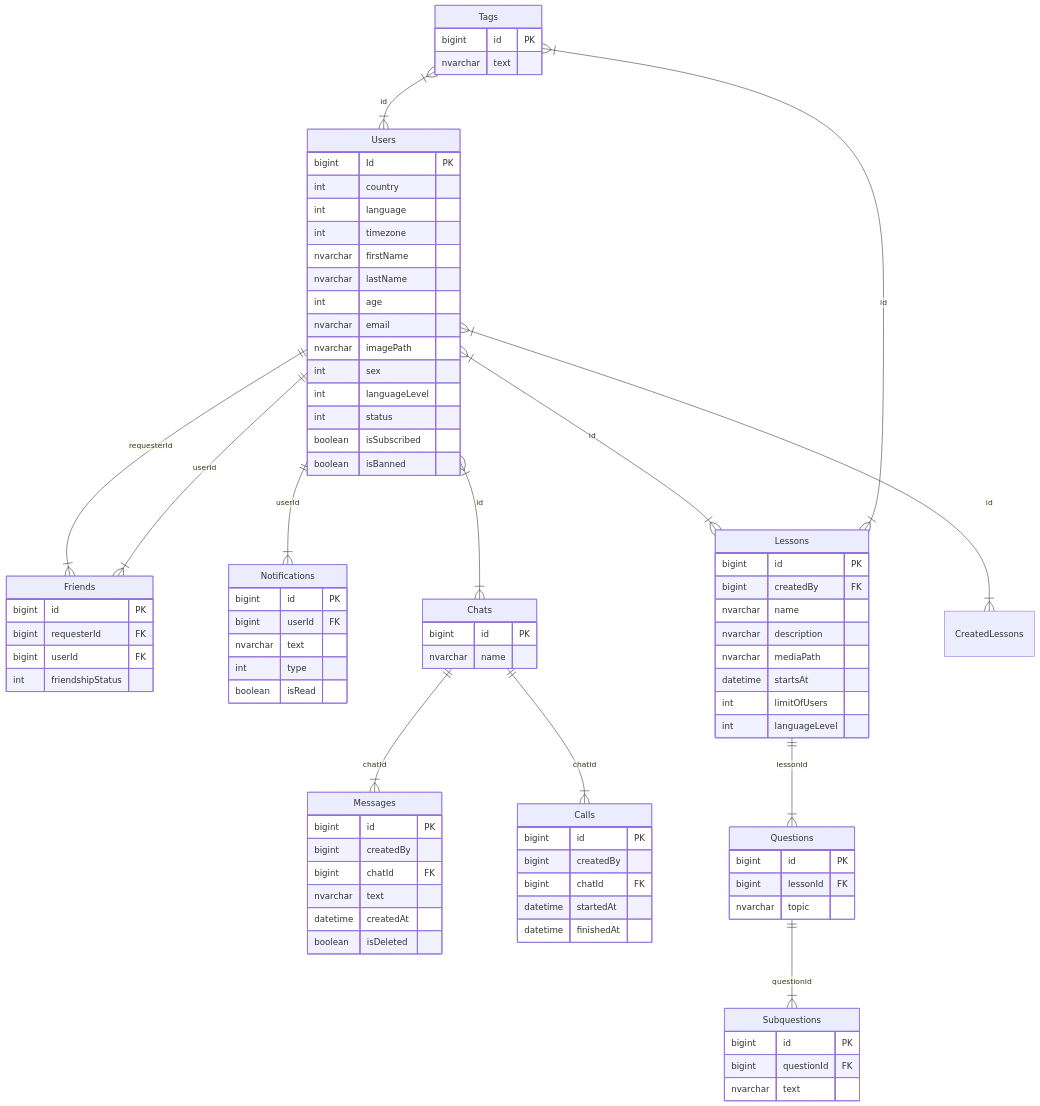
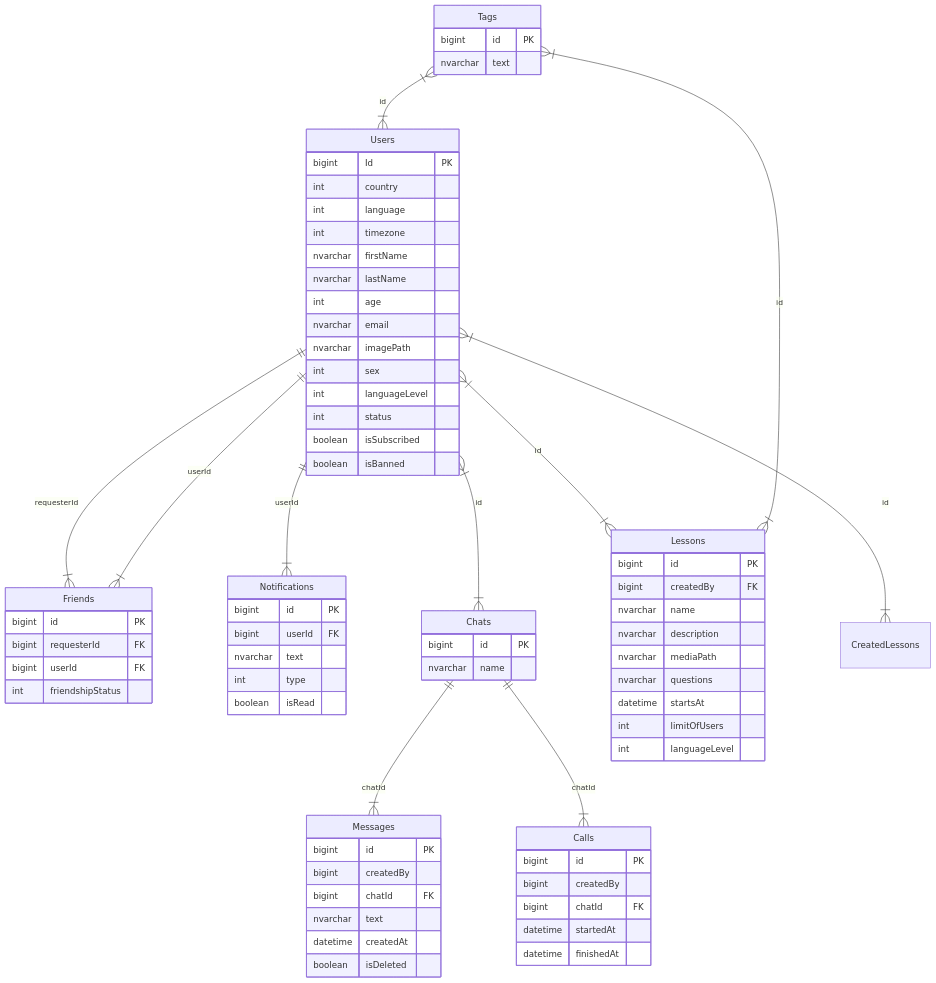
One commit to BinaryStudioAcademy/bsa-winter-2022-2023-easyspeak changed the diagram in README.md. Above: the diagram before and after it, drawn with Mermaid.

````diff
--- a/README.md
+++ b/README.md
@@ -78,26 +78,20 @@
     int friendshipStatus
   }
 
-  Subquestions {
-	  bigint id PK
-	  bigint questionId FK
-	  nvarchar text
-  }
-
   Chats ||--|{ Messages : chatId
   Chats ||--|{ Calls : chatId
   Chats {
     bigint id PK
     nvarchar name
   }
-
-  Lessons ||--|{ Questions : lessonId
+  
   Lessons {
     bigint id PK
     bigint createdBy FK
     nvarchar name
     nvarchar description
     nvarchar mediaPath
+    nvarchar questions
     datetime startsAt
     int limitOfUsers
     int languageLevel
@@ -127,11 +121,4 @@
     boolean isDeleted
   }
 
-  Questions ||--|{ Subquestions : questionId
-  Questions {
-    bigint id PK
-    bigint lessonId FK
-    nvarchar topic
-  }
-
 ```
````
